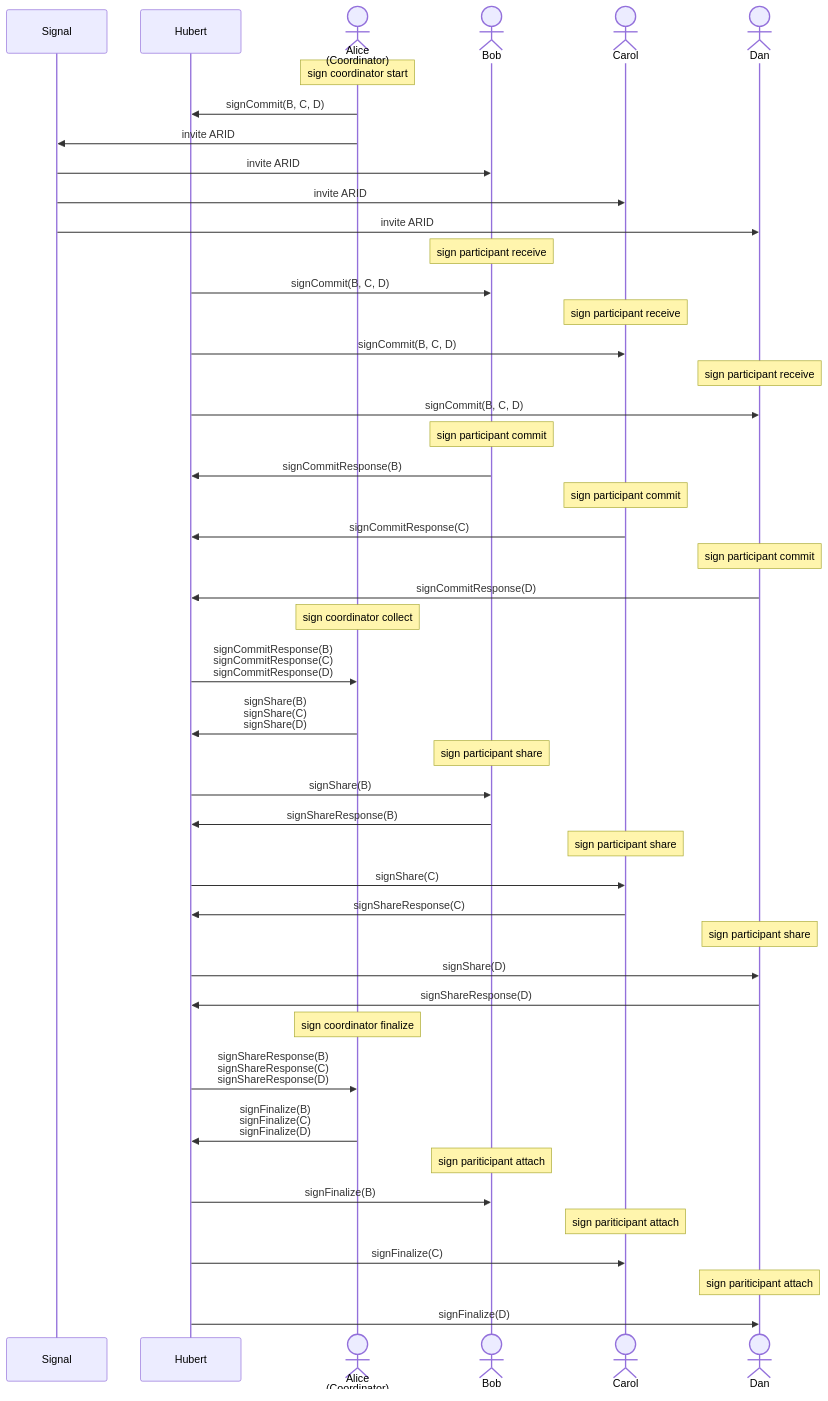
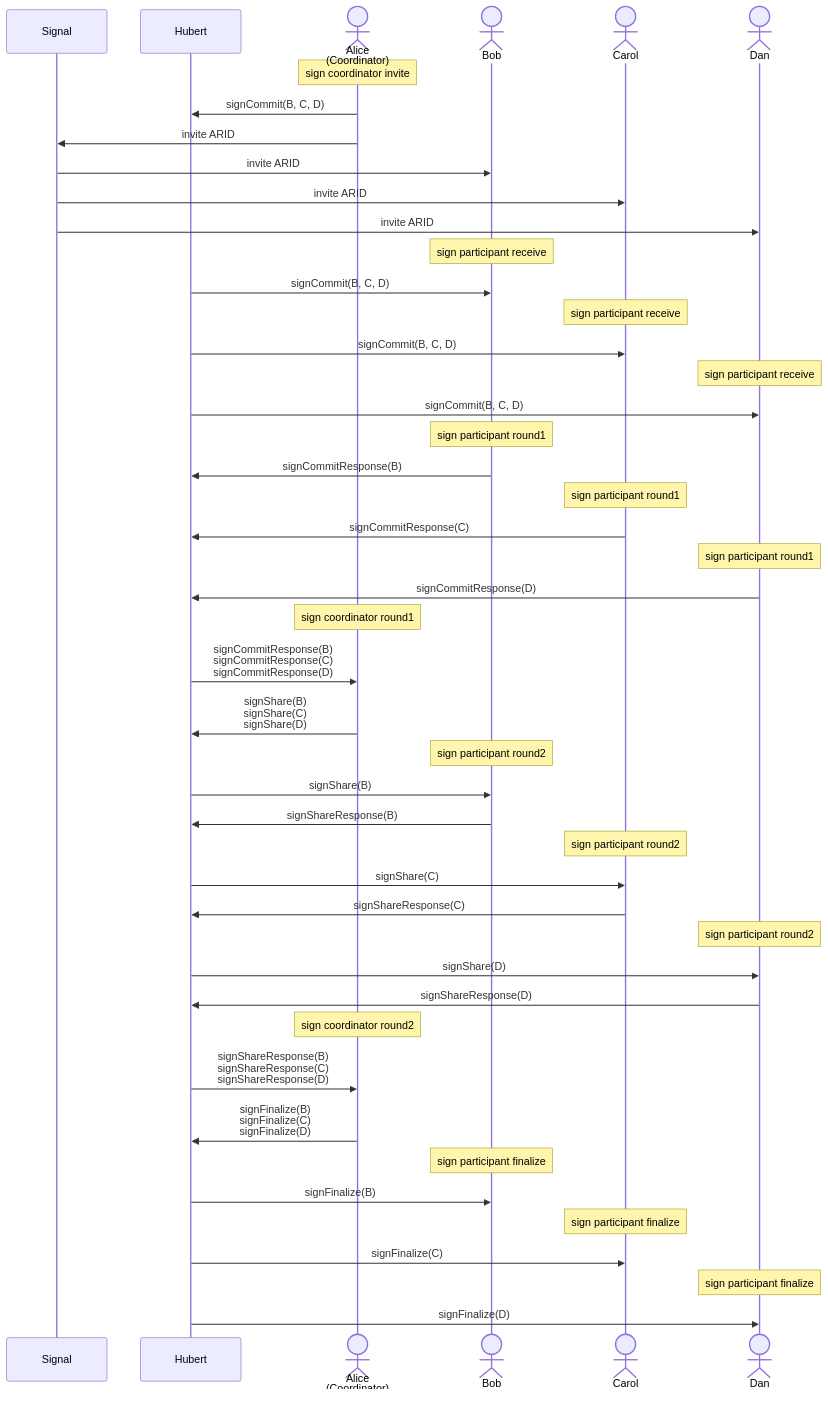
One commit to BlockchainCommons/frost-rust changed the third of 3 diagrams in sequence-diagram.md. Above: the diagram before and after it, drawn with Mermaid. The commit also changed 16 other files, not shown here.

````diff
--- a/sequence-diagram.md
+++ b/sequence-diagram.md
@@ -98,63 +98,63 @@
 ```mermaid
 sequenceDiagram
     participant S as Signal
     participant H as Hubert
     actor A as Alice<br/>(Coordinator)
     actor B as Bob
     actor C as Carol
     actor D as Dan
 
-    note over A: sign coordinator start
+    note over A: sign coordinator invite
     A->>H: signCommit(B, C, D)
     A->>S: invite ARID
     S->>B: invite ARID
     S->>C: invite ARID
     S->>D: invite ARID
 
     note over B: sign participant receive
     H->>B: signCommit(B, C, D)
 
     note over C: sign participant receive
     H->>C: signCommit(B, C, D)
 
     note over D: sign participant receive
     H->>D: signCommit(B, C, D)
 
-    note over B: sign participant commit
+    note over B: sign participant round1
     B->>H: signCommitResponse(B)
 
-    note over C: sign participant commit
+    note over C: sign participant round1
     C->>H: signCommitResponse(C)
 
-    note over D: sign participant commit
+    note over D: sign participant round1
     D->>H: signCommitResponse(D)
 
-    note over A: sign coordinator collect
+    note over A: sign coordinator round1
     H->>A: signCommitResponse(B)<br/>signCommitResponse(C)<br/>signCommitResponse(D)
     A->>H: signShare(B)<br/>signShare(C)<br/>signShare(D)
 
-    note over B: sign participant share
+    note over B: sign participant round2
     H->>B: signShare(B)
     B->>H: signShareResponse(B)
 
-    note over C: sign participant share
+    note over C: sign participant round2
     H->>C: signShare(C)
     C->>H: signShareResponse(C)
 
-    note over D: sign participant share
+    note over D: sign participant round2
     H->>D: signShare(D)
     D->>H: signShareResponse(D)
 
-    note over A: sign coordinator finalize
+    note over A: sign coordinator round2
     H->>A: signShareResponse(B)<br/>signShareResponse(C)<br/>signShareResponse(D)
     A->>H: signFinalize(B)<br/>signFinalize(C)<br/>signFinalize(D)
 
-    note over B: sign pariticipant attach
+    note over B: sign participant finalize
     H->>B: signFinalize(B)
 
-    note over C: sign pariticipant attach
+    note over C: sign participant finalize
     H->>C: signFinalize(C)
 
-    note over D: sign pariticipant attach
+    note over D: sign participant finalize
     H->>D: signFinalize(D)
 ```
````
